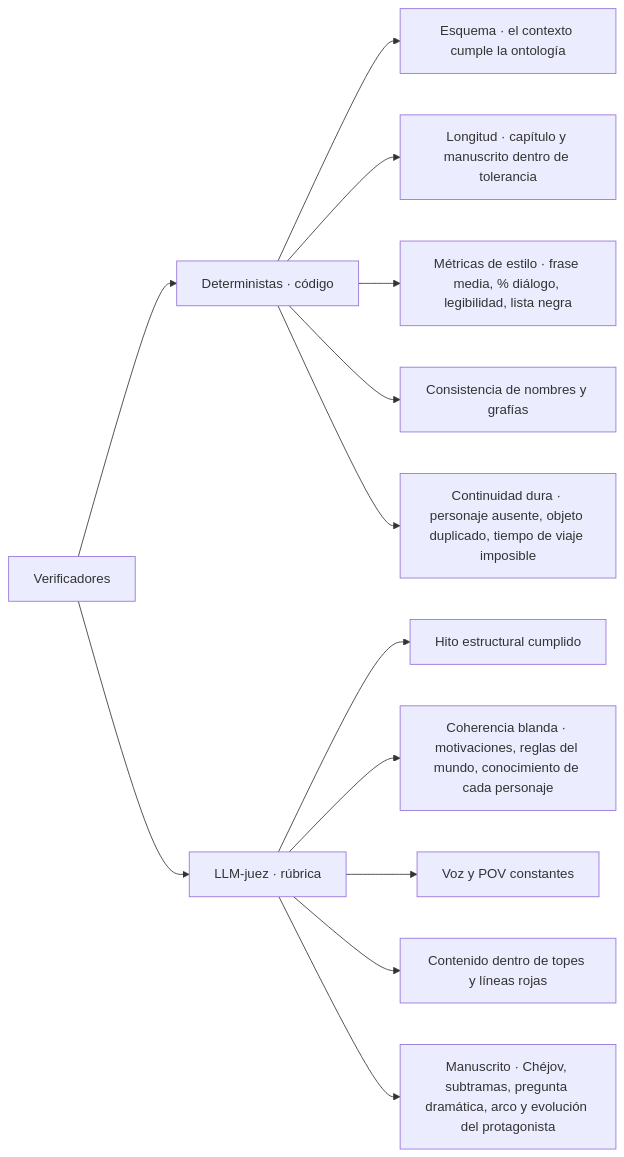
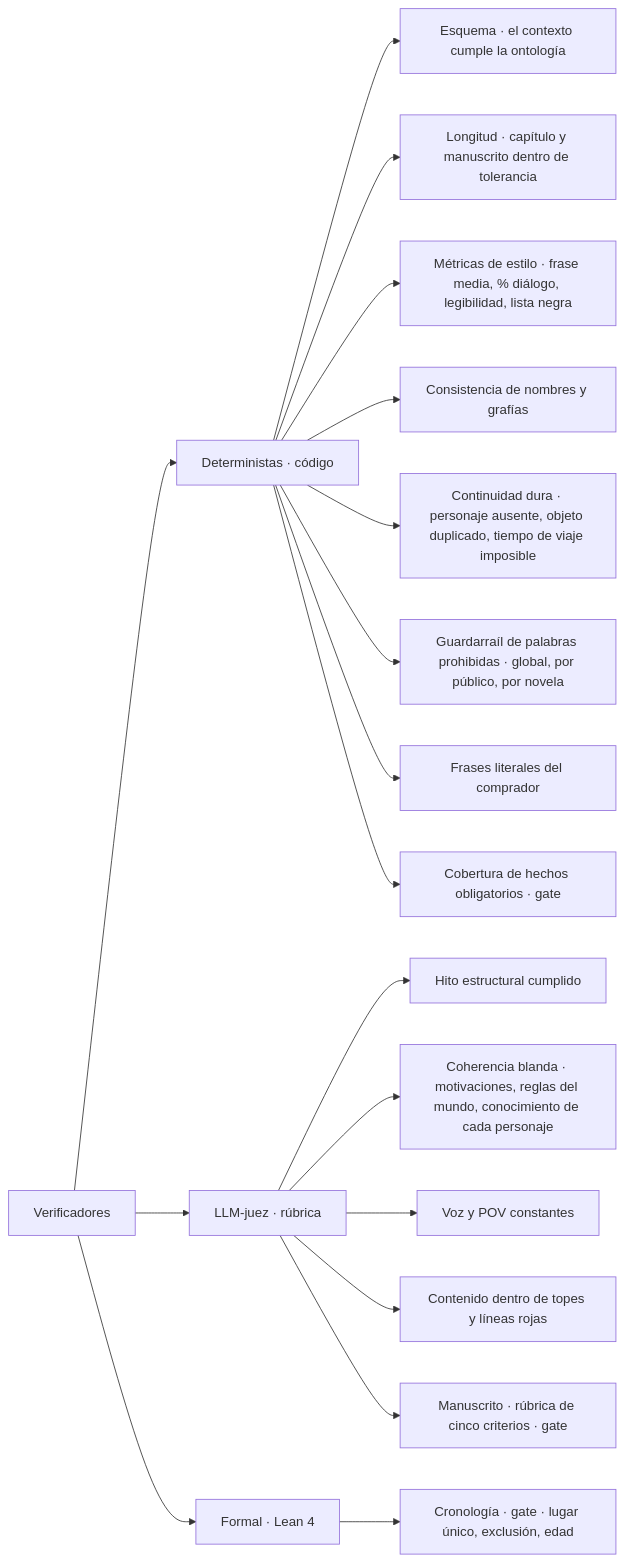
One commit to Asieribarz/my-story-marker changed the fifth of 10 diagrams in docs/architecture.md. Above: the diagram before and after it, drawn with Mermaid. The commit also changed other lines of this file and 6 other files, not shown here.

````diff
--- a/docs/architecture.md
+++ b/docs/architecture.md
@@ -192,15 +241,20 @@
 ```mermaid
 flowchart LR
   V["Verificadores"] --> D["Deterministas · código"]
   V --> J["LLM-juez · rúbrica"]
   D --> D1["Esquema · el contexto cumple la ontología"]
   D --> D2["Longitud · capítulo y manuscrito dentro de tolerancia"]
   D --> D3["Métricas de estilo · frase media, % diálogo, legibilidad, lista negra"]
   D --> D4["Consistencia de nombres y grafías"]
   D --> D5["Continuidad dura · personaje ausente, objeto duplicado, tiempo de viaje imposible"]
+  D --> D6["Guardarraíl de palabras prohibidas · global, por público, por novela"]
+  D --> D7["Frases literales del comprador"]
+  D --> D8["Cobertura de hechos obligatorios · gate"]
+  V --> F["Formal · Lean 4"]
+  F --> F1["Cronología · gate · lugar único, exclusión, edad"]
   J --> J1["Hito estructural cumplido"]
   J --> J2["Coherencia blanda · motivaciones, reglas del mundo, conocimiento de cada personaje"]
   J --> J3["Voz y POV constantes"]
   J --> J4["Contenido dentro de topes y líneas rojas"]
-  J --> J5["Manuscrito · Chéjov, subtramas, pregunta dramática, arco y evolución del protagonista"]
+  J --> J5["Manuscrito · rúbrica de cinco criterios · gate"]
 ```
````
